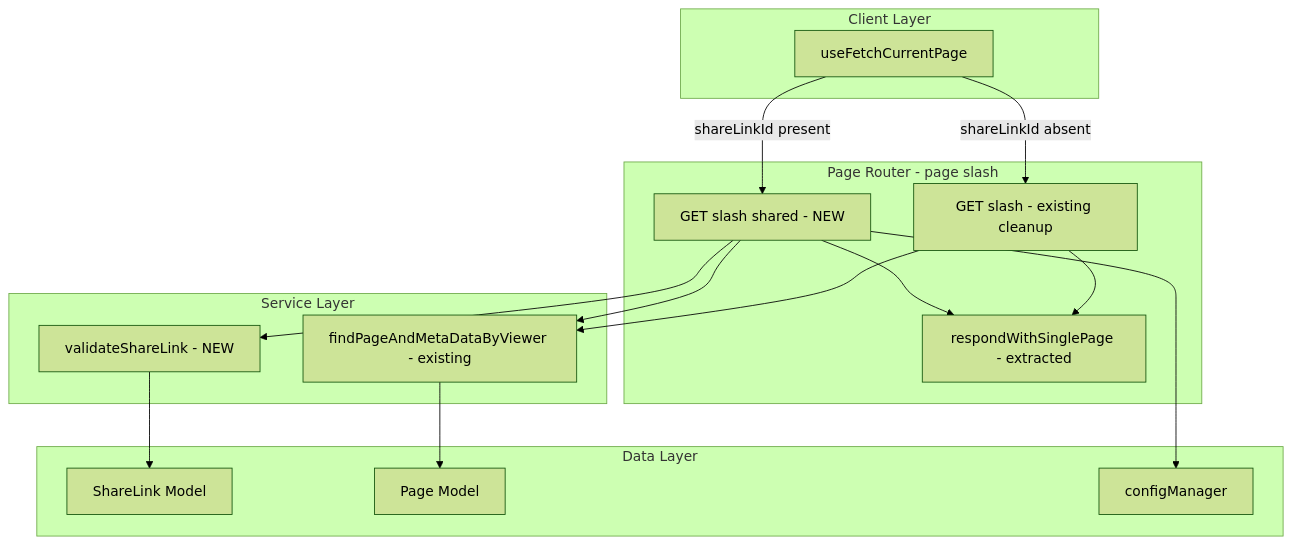
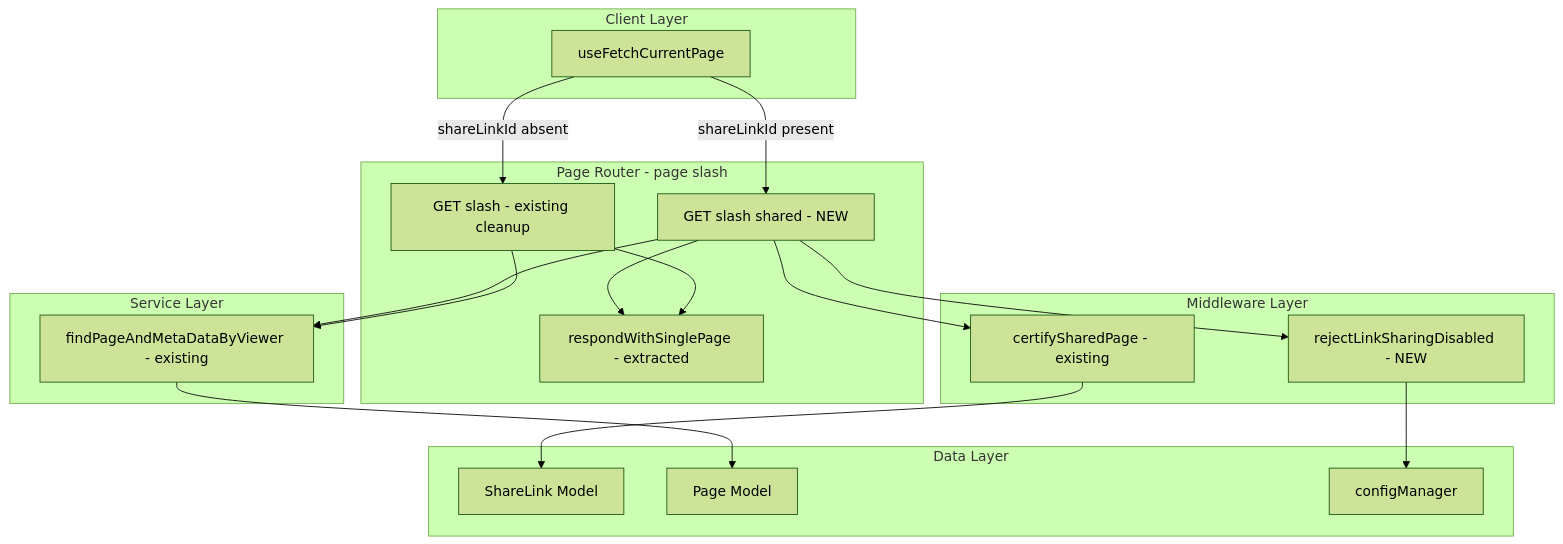
One commit to growilabs/growi changed the first of 2 diagrams in .kiro/specs/sharelink-page-api/design.md. Above: the diagram before and after it, drawn with Mermaid (forest theme). The commit also changed other lines of this file and 1 other file, not shown here.

````diff
--- a/.kiro/specs/sharelink-page-api/design.md
+++ b/.kiro/specs/sharelink-page-api/design.md
@@ -48,34 +30,39 @@
 ```mermaid
 graph TB
     subgraph ClientLayer[Client Layer]
         FetchHook[useFetchCurrentPage]
     end
 
     subgraph PageRouter[Page Router - page slash]
         NewRoute[GET slash shared - NEW]
         OldRoute[GET slash - existing cleanup]
         RespondUtil[respondWithSinglePage - extracted]
     end
 
+    subgraph MiddlewareLayer[Middleware Layer]
+        RejectLSD[rejectLinkSharingDisabled - NEW]
+        CertifySP[certifySharedPage - existing]
+    end
+
     subgraph ServiceLayer[Service Layer]
-        ValidateSL[validateShareLink - NEW]
         FPAMDBV[findPageAndMetaDataByViewer - existing]
     end
 
     subgraph DataLayer[Data Layer]
         ShareLinkModel[ShareLink Model]
         PageModel[Page Model]
         ConfigMgr[configManager]
     end
 
     FetchHook -->|shareLinkId present| NewRoute
     FetchHook -->|shareLinkId absent| OldRoute
-    NewRoute --> ConfigMgr
-    NewRoute --> ValidateSL
+    NewRoute --> RejectLSD
+    RejectLSD --> ConfigMgr
+    NewRoute --> CertifySP
+    CertifySP --> ShareLinkModel
     NewRoute --> FPAMDBV
     NewRoute --> RespondUtil
     OldRoute --> RespondUtil
     OldRoute --> FPAMDBV
-    ValidateSL --> ShareLinkModel
     FPAMDBV --> PageModel
 ```
````
